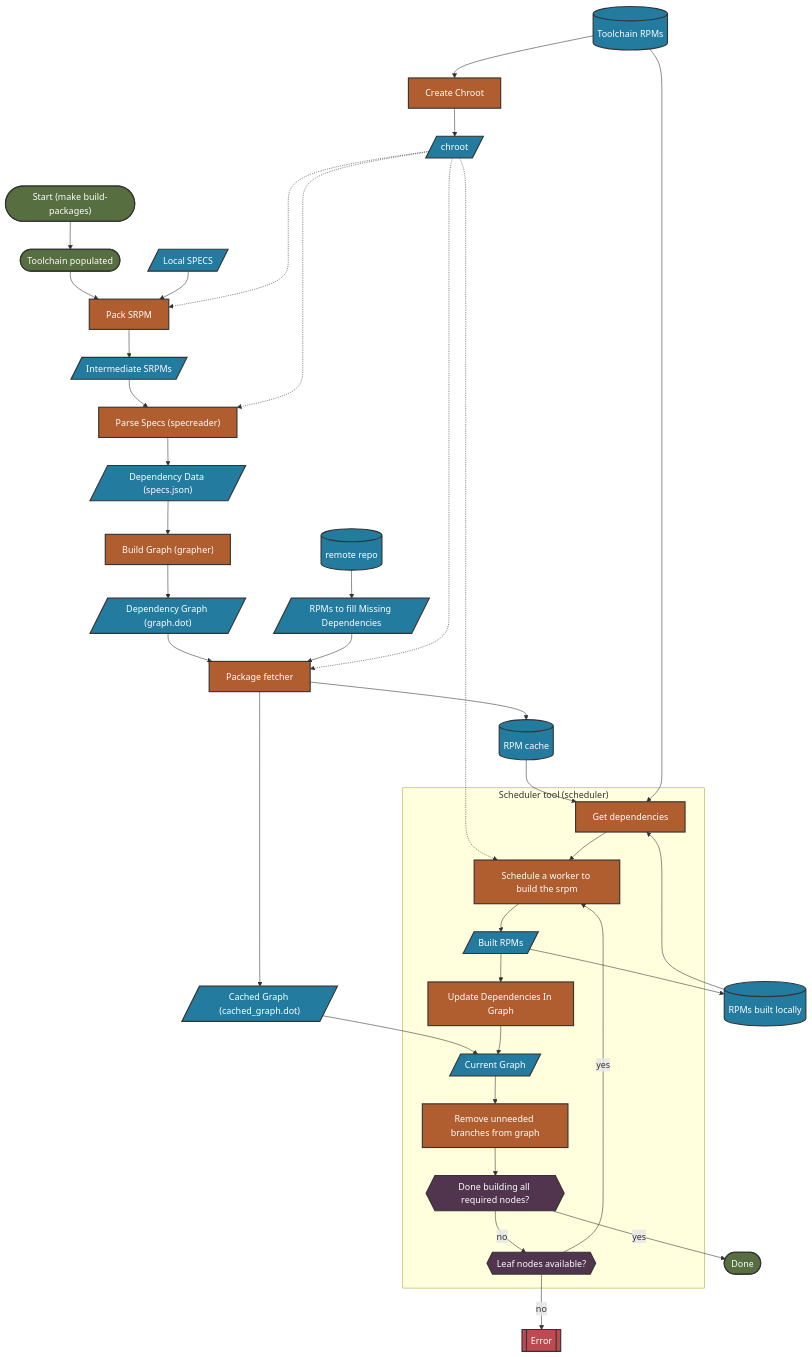
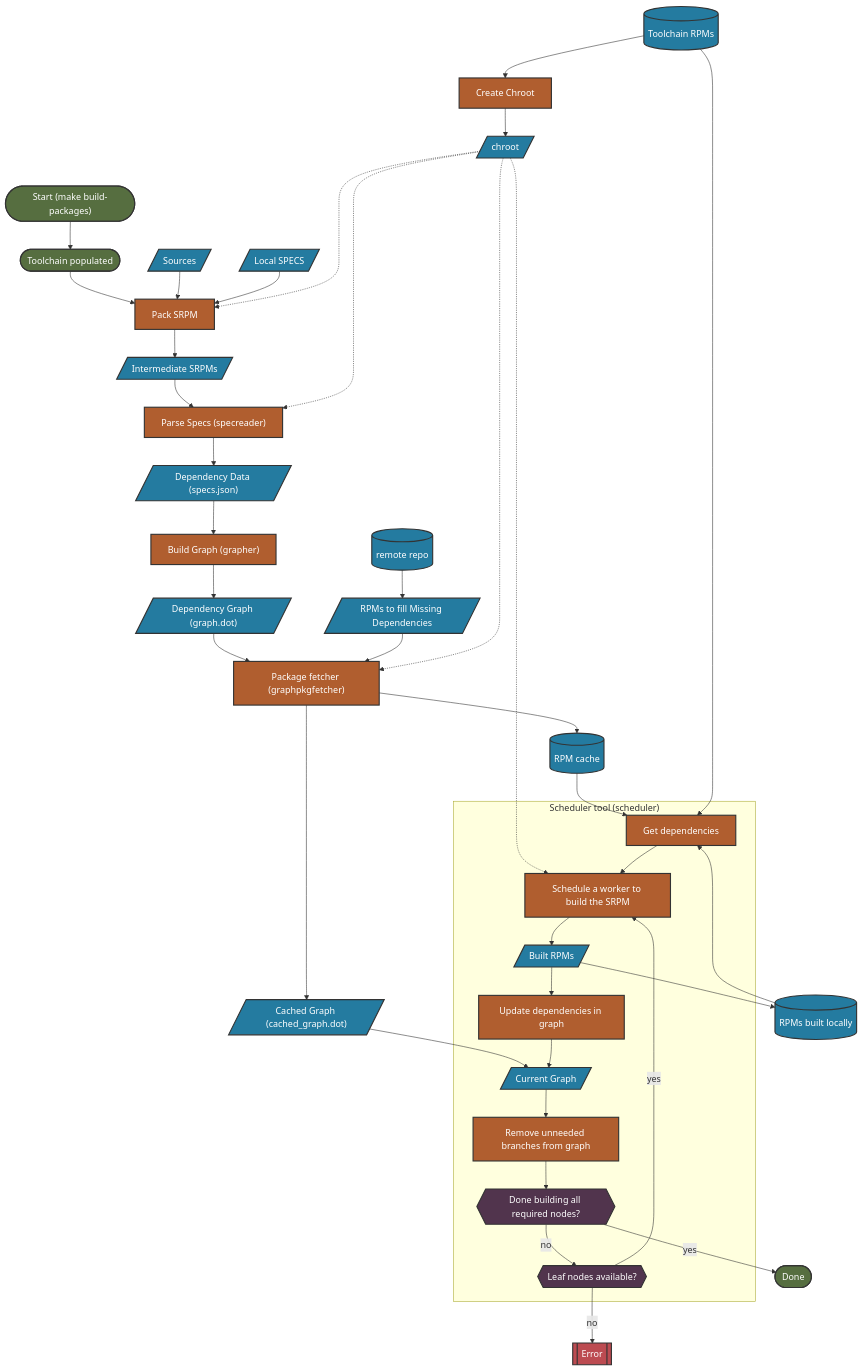
Before and after one commit to microsoft/azurelinux: the fifth of 6 diagrams in toolkit/docs/how_it_works/0_intro.md, drawn with Mermaid. The commit also changed other lines of this file, not shown here.

Commit message:
Add sources and fix capitalization

```diff
--- a/toolkit/docs/how_it_works/0_intro.md
+++ b/toolkit/docs/how_it_works/0_intro.md
@@ -184,8 +187,9 @@
     buildGraph[" Build Graph (grapher) "]:::process
     depGraph[/"Dependency Graph (graph.dot)"/]:::io
     cacheGraph[/"Cached Graph (cached_graph.dot)"/]:::io
+    sources[/Sources/]:::io
     packSRPM[Pack SRPM]:::process
-    pkgFetcher[Package fetcher]:::process
+    pkgFetcher["Package fetcher (graphpkgfetcher)"]:::process
     rpmCache[(RPM cache)]:::io
     remoteRepo[(remote repo)]:::io
     missingDep[/RPMs to fill Missing Dependencies/]:::io
@@ -195,6 +199,7 @@
     start --> tcPopulated
     tcPopulated --> packSRPM
 
+    sources-->packSRPM
     localSpecs-->packSRPM
     packSRPM-->iSRPMs
     iSRPMs--> parse
@@ -227,9 +232,9 @@
         trim[Remove unneeded branches from graph]:::process
         doneBuild{{Done building all required nodes?}}:::decision 
         leafNodesAvail{{Leaf nodes available?}}:::decision
-        worker[Schedule a worker to build the srpm]:::process
+        worker[Schedule a worker to build the SRPM]:::process
         builtRPMs[/Built RPMs/]:::io
-        updateDeps[Update Dependencies In Graph]:::process
+        updateDeps[Update dependencies in graph]:::process
         getDeps[Get dependencies]:::process
 
         %% scheduler flow
```
